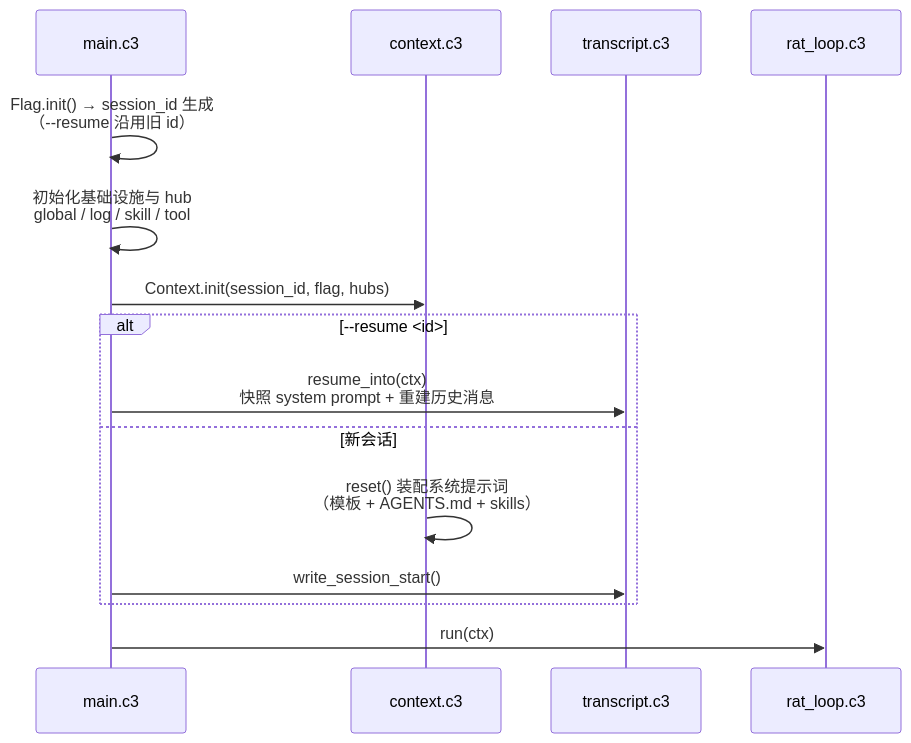
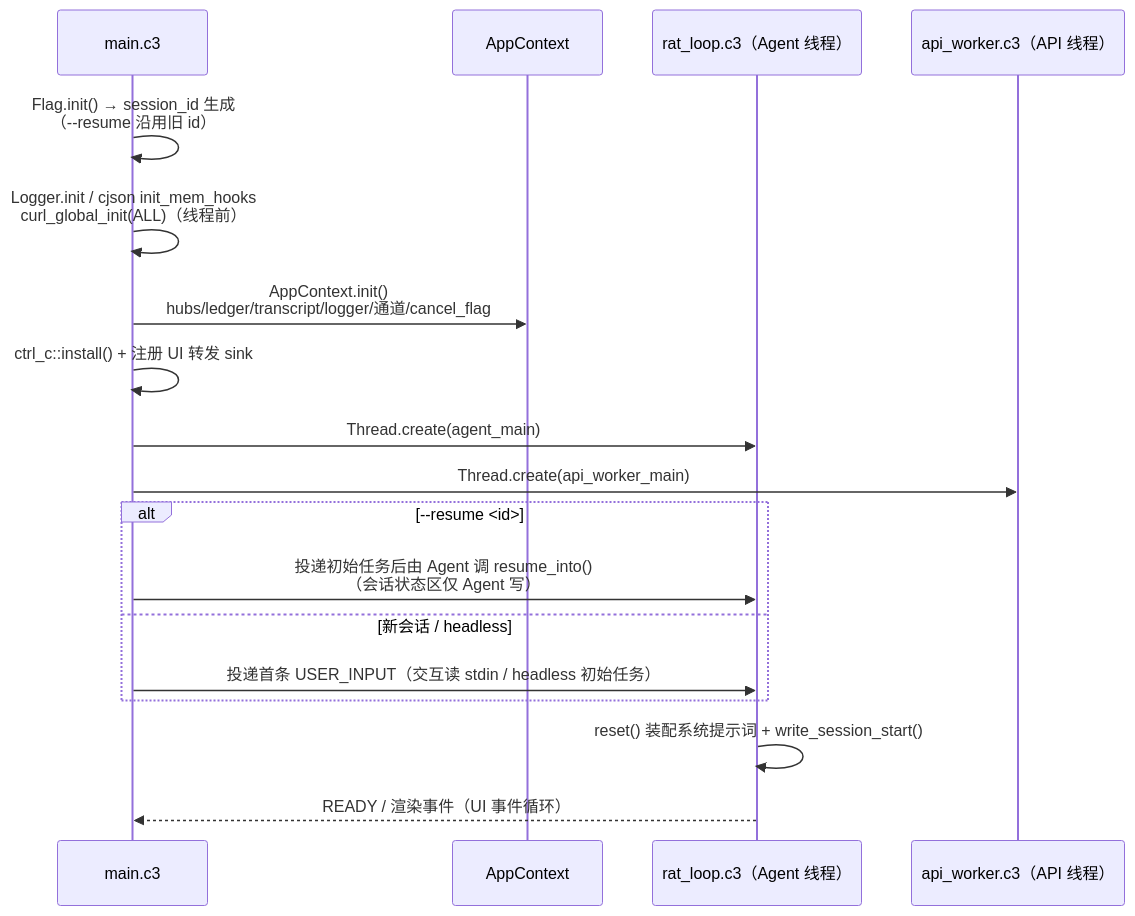
One commit to yuekcc/mini-pi changed the second of 7 diagrams in docs/arch.md. Above: the diagram before and after it, drawn with Mermaid. The commit also changed other lines of this file, not shown here.

````diff
--- a/docs/arch.md
+++ b/docs/arch.md
@@ -134,18 +114,21 @@
 ```mermaid
 sequenceDiagram
     participant main as main.c3
-    participant ctx as context.c3
-    participant trans as transcript.c3
-    participant rat as rat_loop.c3
+    participant ctx as AppContext
+    participant agent as rat_loop.c3（Agent 线程）
+    participant api as api_worker.c3（API 线程）
 
     main->>main: Flag.init() → session_id 生成<br/>（--resume 沿用旧 id）
-    main->>main: 初始化基础设施与 hub<br/>global / log / skill / tool
-    main->>ctx: Context.init(session_id, flag, hubs)
+    main->>main: Logger.init / cjson init_mem_hooks<br/>curl_global_init(ALL)（线程前）
+    main->>ctx: AppContext.init()<br/>hubs/ledger/transcript/logger/通道/cancel_flag
+    main->>main: ctrl_c::install() + 注册 UI 转发 sink
+    main->>agent: Thread.create(agent_main)
+    main->>api: Thread.create(api_worker_main)
     alt --resume <id>
-        main->>trans: resume_into(ctx)<br/>快照 system prompt + 重建历史消息
-    else 新会话
-        ctx->>ctx: reset() 装配系统提示词<br/>（模板 + AGENTS.md + skills）
-        main->>trans: write_session_start()
+        main->>agent: 投递初始任务后由 Agent 调 resume_into()<br/>（会话状态区仅 Agent 写）
+    else 新会话 / headless
+        main->>agent: 投递首条 USER_INPUT（交互读 stdin / headless 初始任务）
     end
-    main->>rat: run(ctx)
+    agent->>agent: reset() 装配系统提示词 + write_session_start()
+    agent-->>main: READY / 渲染事件（UI 事件循环）
 ```
````
